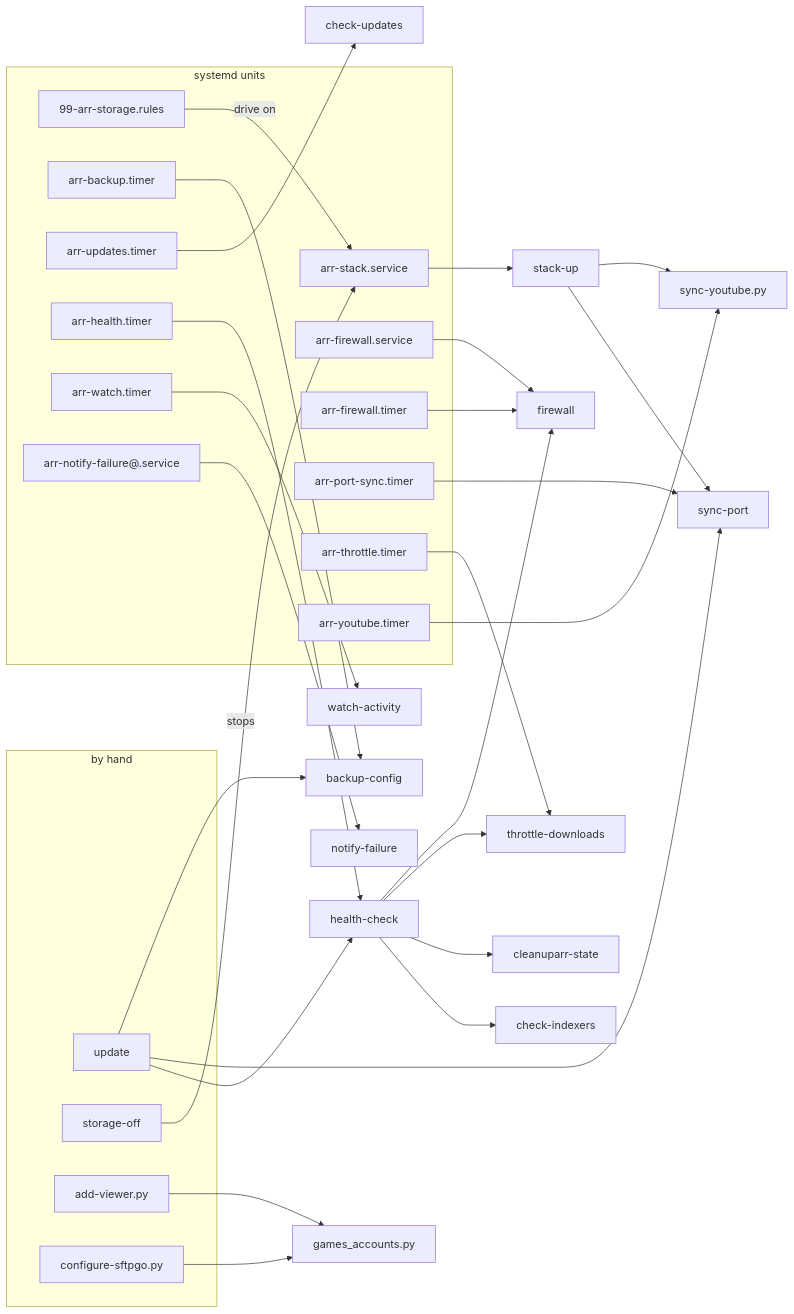
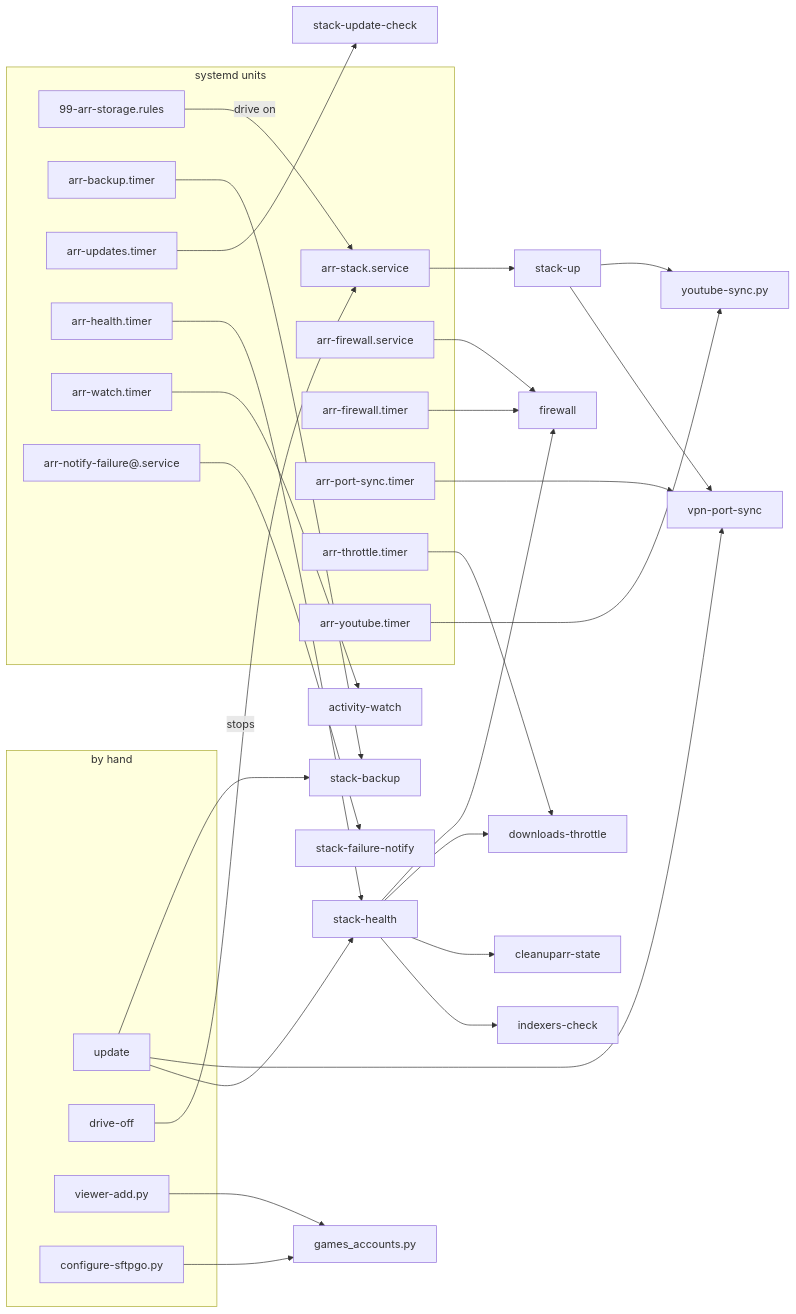
One commit to bugrauluyurt/homelab-media-stack changed the diagram in docs/reference/scripts.md. Above: the diagram before and after it, drawn with Mermaid. The commit also changed other lines of this file and 200 other files, not shown here.

````diff
--- a/docs/reference/scripts.md
+++ b/docs/reference/scripts.md
@@ -65,47 +65,47 @@
 ```mermaid
 flowchart LR
   subgraph units["systemd units"]
     udev["99-arr-storage.rules"]
     stacksvc["arr-stack.service"]
     fwsvc["arr-firewall.service"]
     fwtimer["arr-firewall.timer"]
     porttimer["arr-port-sync.timer"]
     backuptimer["arr-backup.timer"]
     updtimer["arr-updates.timer"]
     healthtimer["arr-health.timer"]
     watchtimer["arr-watch.timer"]
     throttletimer["arr-throttle.timer"]
     yttimer["arr-youtube.timer"]
     failsvc["arr-notify-failure@.service"]
   end
   subgraph hand["by hand"]
     update["update"]
-    storageoff["storage-off"]
-    addviewer["add-viewer.py"]
+    storageoff["drive-off"]
+    addviewer["viewer-add.py"]
     confsftpgo["configure-sftpgo.py"]
   end
   udev -->|"drive on"| stacksvc
   stacksvc --> stackup["stack-up"]
   fwsvc --> firewall["firewall"]
   fwtimer --> firewall
-  porttimer --> syncport["sync-port"]
-  backuptimer --> backup["backup-config"]
-  updtimer --> checkupd["check-updates"]
-  healthtimer --> health["health-check"]
-  watchtimer --> watch["watch-activity"]
-  throttletimer --> throttle["throttle-downloads"]
-  yttimer --> youtube["sync-youtube.py"]
-  failsvc --> notifyfail["notify-failure"]
+  porttimer --> syncport["vpn-port-sync"]
+  backuptimer --> backup["stack-backup"]
+  updtimer --> checkupd["stack-update-check"]
+  healthtimer --> health["stack-health"]
+  watchtimer --> watch["activity-watch"]
+  throttletimer --> throttle["downloads-throttle"]
+  yttimer --> youtube["youtube-sync.py"]
+  failsvc --> notifyfail["stack-failure-notify"]
   stackup --> youtube
   stackup --> syncport
   update --> backup
   update --> syncport
   update --> health
   storageoff -->|"stops"| stacksvc
   health --> firewall
   health --> throttle
   health --> cstate["cleanuparr-state"]
-  health --> checkidx["check-indexers"]
+  health --> checkidx["indexers-check"]
   addviewer --> games["games_accounts.py"]
   confsftpgo --> games
 ```
````
